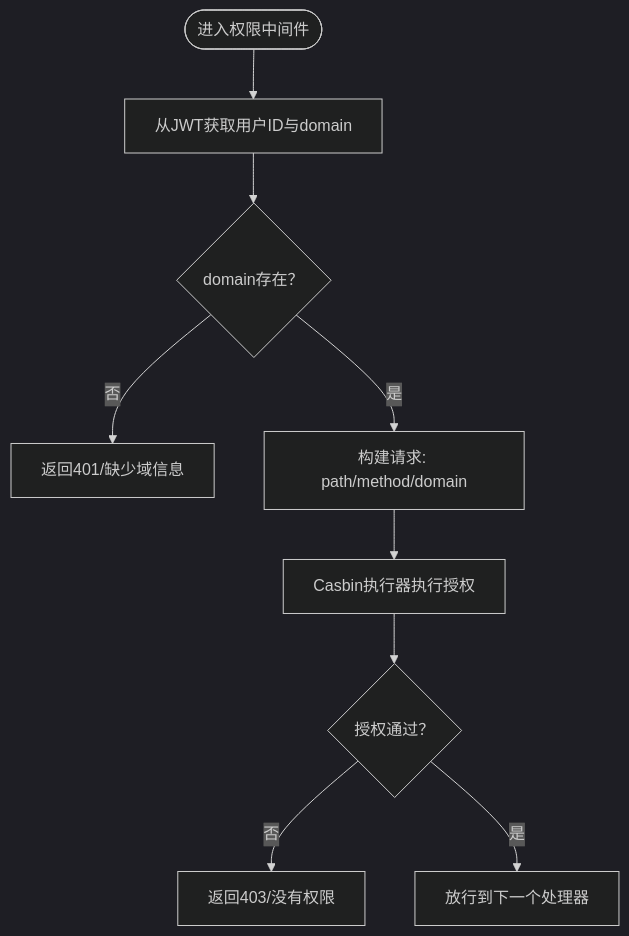
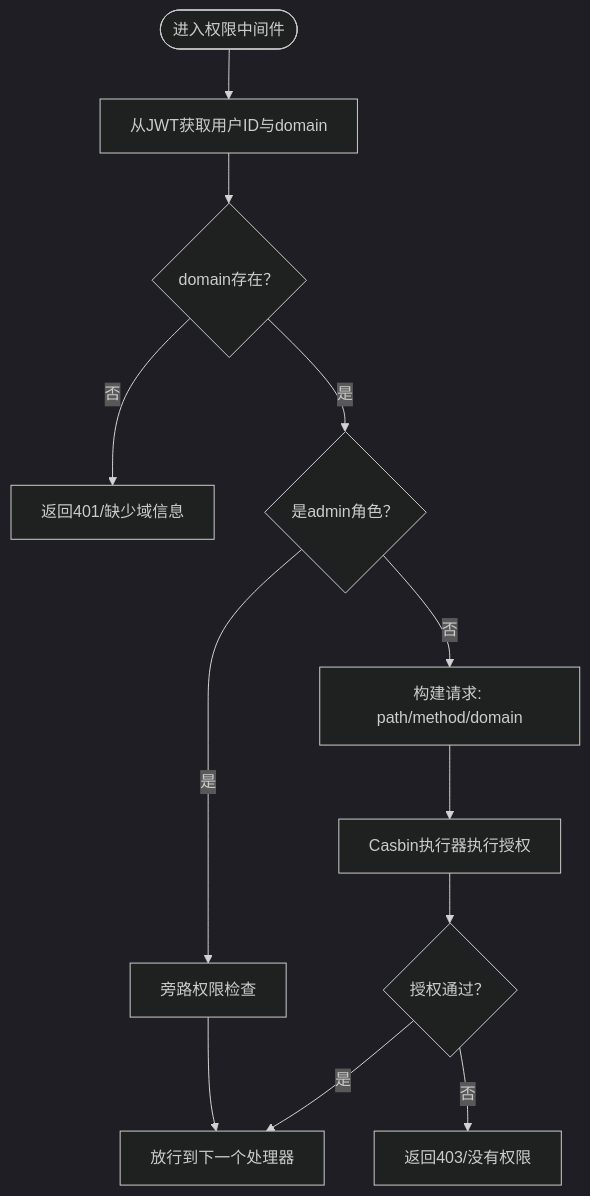
One commit to wuwuseo/e-sports-go-admin changed the fifth of 6 diagrams in .qoder/repowiki/zh/content/API 接口文档/用户管理接口.md. Above: the diagram before and after it, drawn with Mermaid (dark theme). The commit also changed other lines of this file and 42 other files, not shown here.

````diff
--- a/.qoder/repowiki/zh/content/API 接口文档/用户管理接口.md
+++ b/.qoder/repowiki/zh/content/API 接口文档/用户管理接口.md
@@ -274,11 +321,14 @@
 ```mermaid
 flowchart TD
 Start(["进入权限中间件"]) --> GetClaims["从JWT获取用户ID与domain"]
 GetClaims --> HasDomain{"domain存在？"}
 HasDomain --> |否| Forbidden["返回401/缺少域信息"]
-HasDomain --> |是| BuildReq["构建请求: path/method/domain"]
+HasDomain --> |是| AdminCheck{"是admin角色？"}
+AdminCheck --> |是| Bypass["旁路权限检查"]
+Bypass --> Next["放行到下一个处理器"]
+AdminCheck --> |否| BuildReq["构建请求: path/method/domain"]
 BuildReq --> Enforce["Casbin执行器执行授权"]
 Enforce --> Allowed{"授权通过？"}
 Allowed --> |否| Deny["返回403/没有权限"]
-Allowed --> |是| Next["放行到下一个处理器"]
+Allowed --> |是| Next
 ```
````
